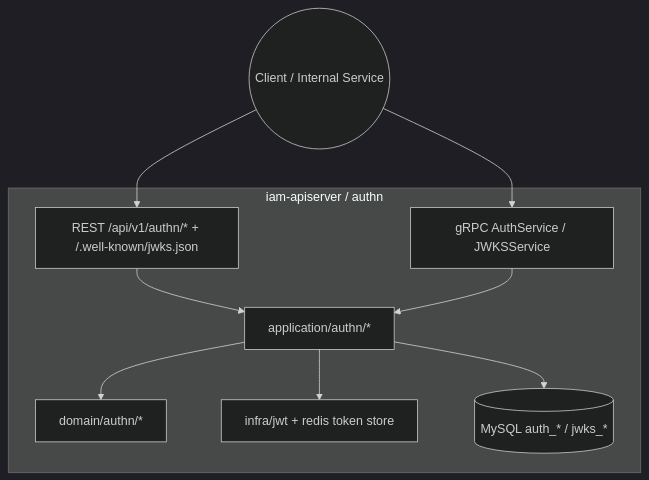
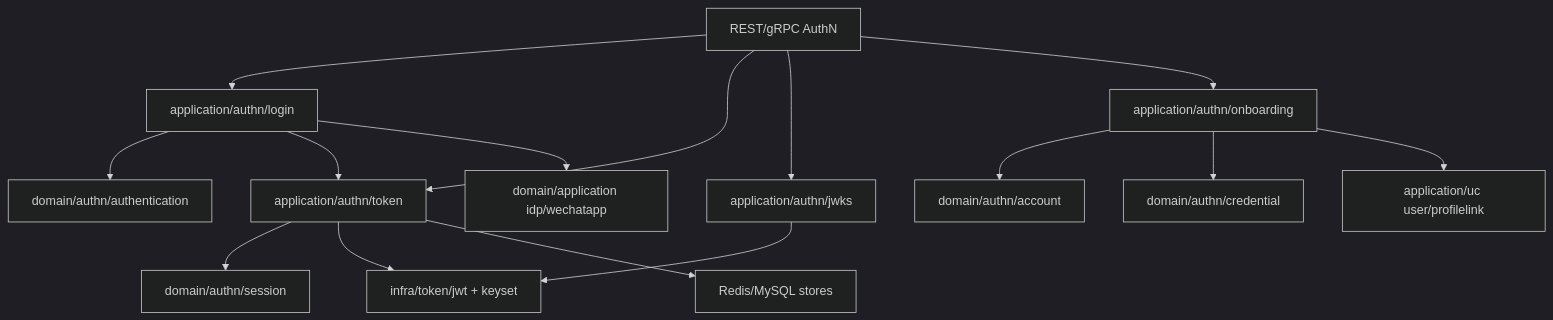
Before and after one commit to FangcunMount/iam: the first of 6 diagrams in docs/02-业务域/01-authn-认证&Token&JWKS.md, drawn with Mermaid (dark theme). The commit also changed other lines of this file and 61 other files, not shown here.

````diff
--- a/docs/02-业务域/01-authn-认证&Token&JWKS.md
+++ b/docs/02-业务域/01-authn-认证&Token&JWKS.md
@@ -56,18 +18,33 @@
 ```mermaid
-flowchart TB
-  subgraph iam["iam-apiserver / authn"]
-    REST["REST /api/v1/authn/* + /.well-known/jwks.json"]
-    GRPC["gRPC AuthService / JWKSService"]
-    APP["application/authn/*"]
-    DOM["domain/authn/*"]
-    JWT["infra/jwt + redis token store"]
-    DB[("MySQL auth_* / jwks_*")]
-  end
-  C((Client / Internal Service)) --> REST
-  C --> GRPC
-  REST --> APP
-  GRPC --> APP
-  APP --> DOM
-  APP --> JWT
-  APP --> DB
+flowchart TD
+    Transport["REST/gRPC AuthN"]
+    LoginApp["application/authn/login"]
+    TokenApp["application/authn/token"]
+    JWKSApp["application/authn/jwks"]
+    OnboardApp["application/authn/onboarding"]
+
+    DomainAuth["domain/authn/authentication"]
+    DomainAccount["domain/authn/account"]
+    DomainCredential["domain/authn/credential"]
+    DomainSession["domain/authn/session"]
+
+    IDP["domain/application idp/wechatapp"]
+    Identity["application/uc user/profilelink"]
+    TokenInfra["infra/token/jwt + keyset"]
+    Store["Redis/MySQL stores"]
+
+    Transport --> LoginApp
+    Transport --> TokenApp
+    Transport --> JWKSApp
+    Transport --> OnboardApp
+    LoginApp --> DomainAuth
+    LoginApp --> TokenApp
+    LoginApp --> IDP
+    OnboardApp --> DomainAccount
+    OnboardApp --> DomainCredential
+    OnboardApp --> Identity
+    TokenApp --> DomainSession
+    TokenApp --> TokenInfra
+    TokenApp --> Store
+    JWKSApp --> TokenInfra
 ```
````
